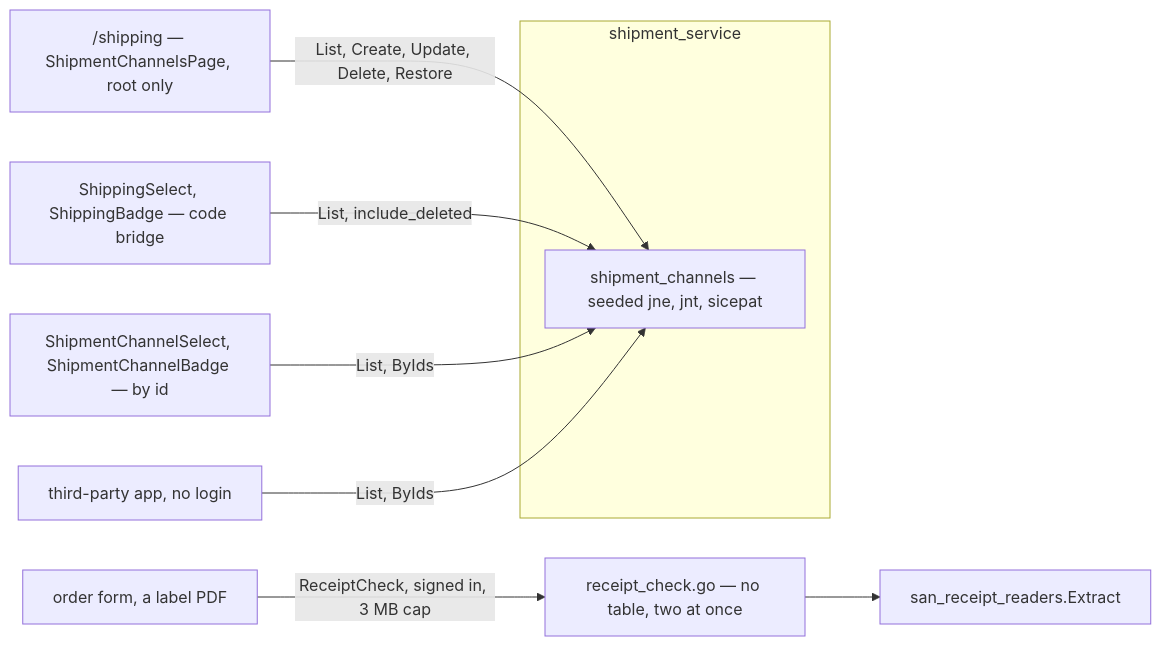
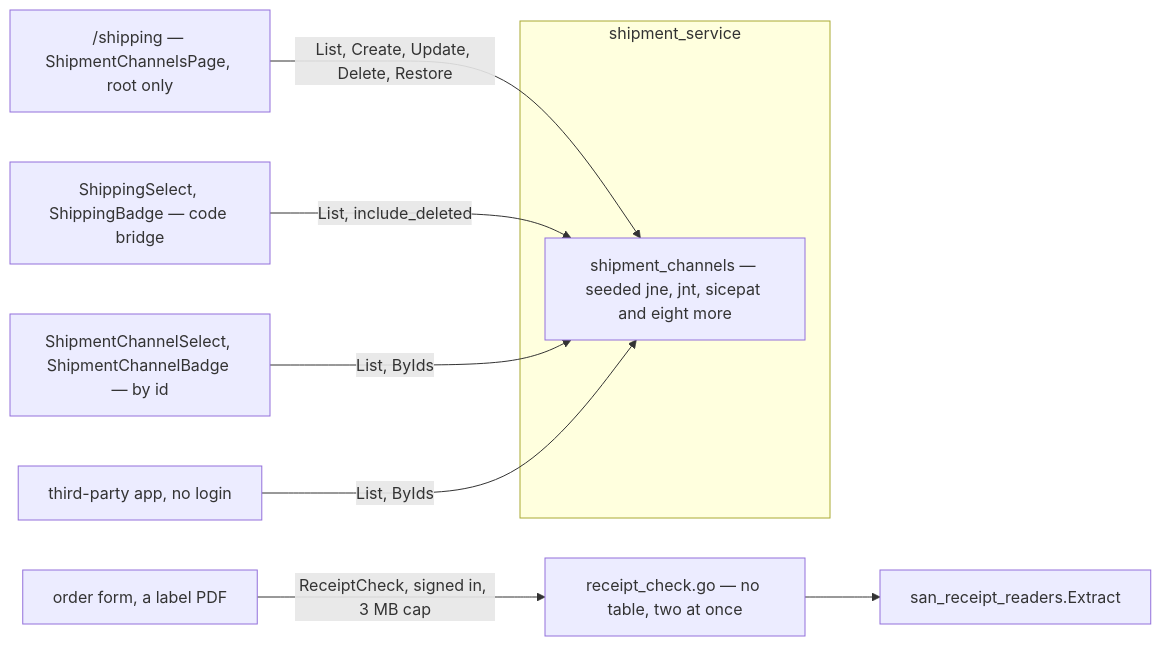
The diagram in docs/development_state/shipment/context.md (pdcgo/warehouse_revamp), drawn with Mermaid before and after one commit. The commit also changed other lines of this file and 42 other files, not shown here.

````diff
--- a/docs/development_state/shipment/context.md
+++ b/docs/development_state/shipment/context.md
@@ -41,12 +41,12 @@
 ```mermaid
 flowchart LR
   subgraph "shipment_service"
-    T["shipment_channels — seeded jne, jnt, sicepat"]
+    T["shipment_channels — seeded jne, jnt, sicepat and eight more"]
   end
   PAGE["/shipping — ShipmentChannelsPage, root only"] -->|"List, Create, Update, Delete, Restore"| T
   OLD["ShippingSelect, ShippingBadge — code bridge"] -->|"List, include_deleted"| T
   NEW["ShipmentChannelSelect, ShipmentChannelBadge — by id"] -->|"List, ByIds"| T
   APP["third-party app, no login"] -->|"List, ByIds"| T
   FORM["order form, a label PDF"] -->|"ReceiptCheck, signed in, 3 MB cap"| RC["receipt_check.go — no table, two at once"]
   RC --> LIB["san_receipt_readers.Extract"]
 ```
````
